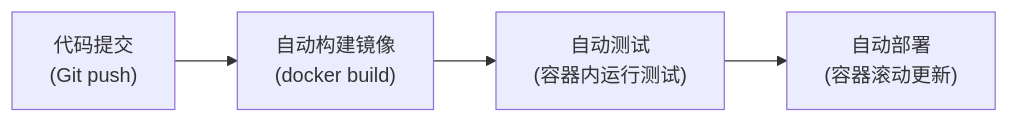
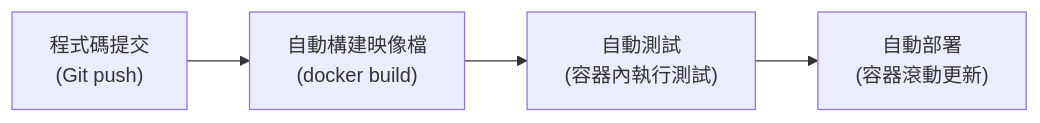
One commit to alexkuoecity/docker-practice-master-zh-tw changed the third of 4 diagrams in 01_introduction/1.3_why.md. Above: the diagram before and after it, drawn with Mermaid. The commit also changed other lines of this file and 200 other files, not shown here.

````diff
--- a/01_introduction/1.3_why.md
+++ b/01_introduction/1.3_why.md
@@ -139,6 +139,6 @@
 ```mermaid
 flowchart LR
-    A["代码提交<br/>(Git push)"] --> B["自动构建镜像<br/>(docker build)"]
-    B --> C["自动测试<br/>(容器内运行测试)"]
-    C --> D["自动部署<br/>(容器滚动更新)"]
+    A["程式碼提交<br/>(Git push)"] --> B["自動構建映像檔<br/>(docker build)"]
+    B --> C["自動測試<br/>(容器內執行測試)"]
+    C --> D["自動部署<br/>(容器滾動更新)"]
 ```
````
